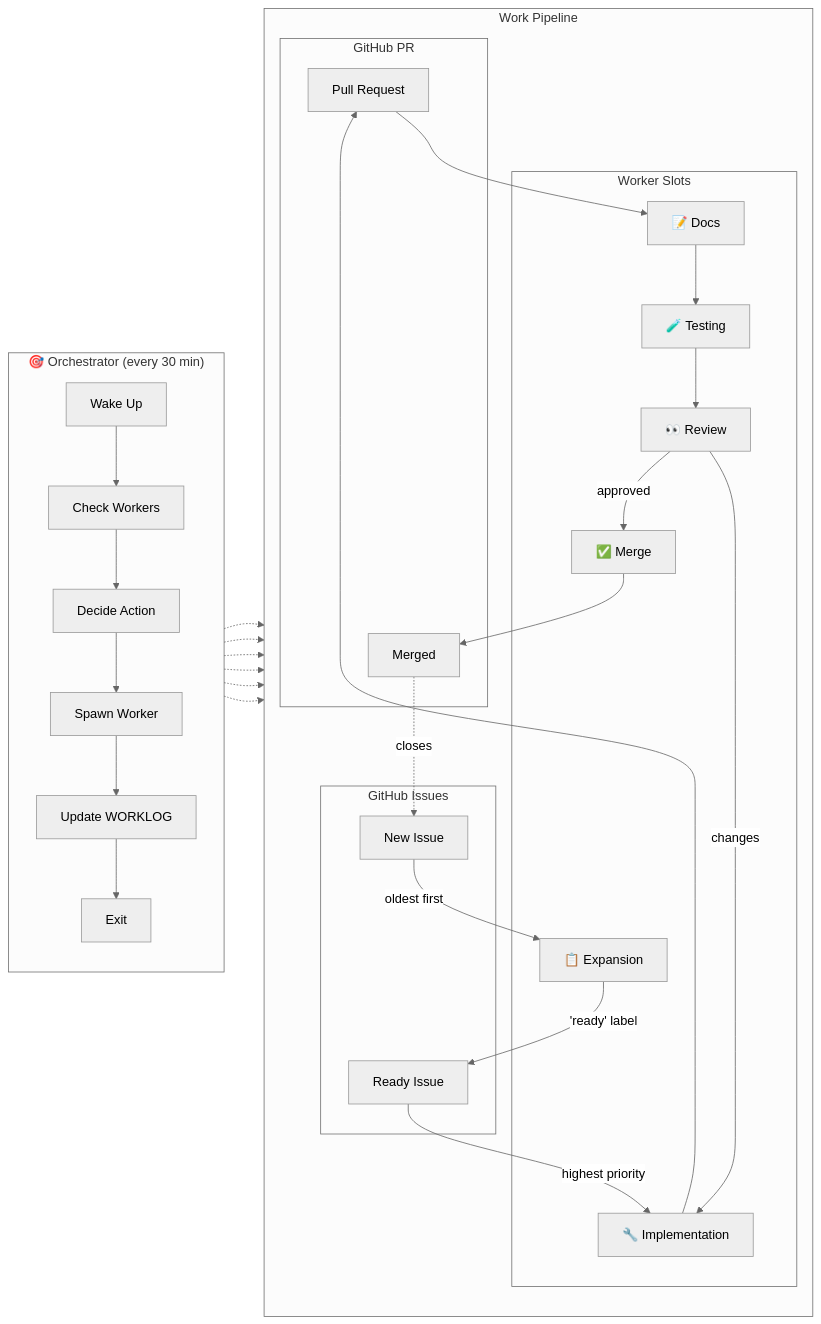
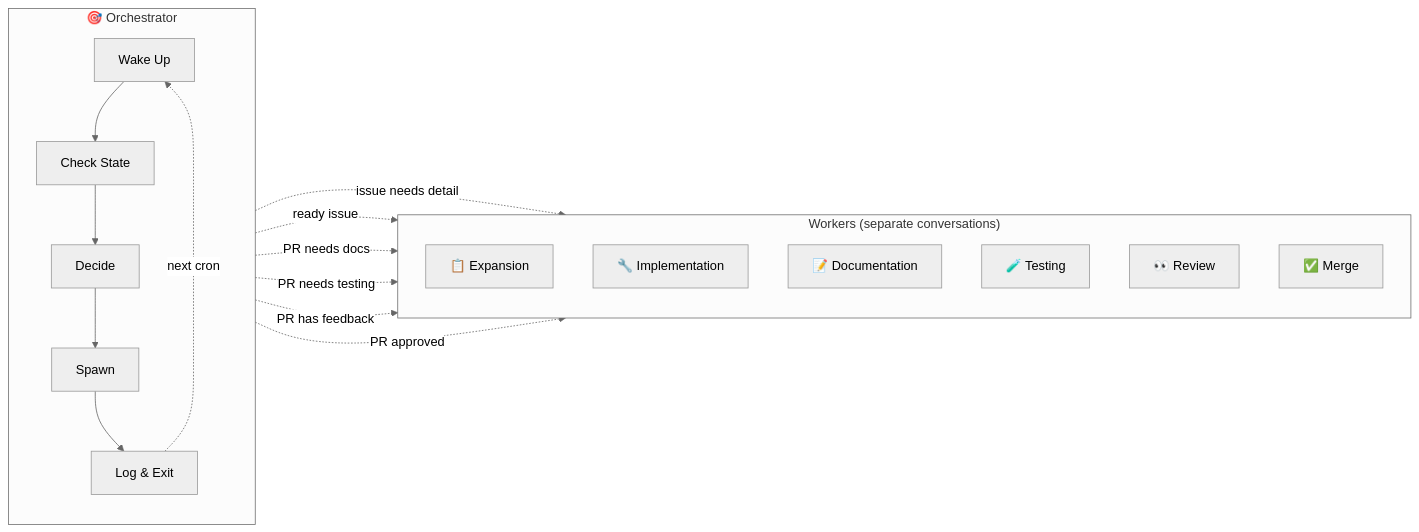
Before and after one commit to jpshackelford/.openhands: the first of 3 diagrams in plugins/ohtv-workflow/README.md, drawn with Mermaid (neutral theme).

Commit message:
fix: simplify main diagram to focus on orchestrator → workers
Removed workflow details from main diagram. Now shows:
- Orchestrator cycle (wake → check → decide → spawn → log)
- Six worker types it can dispatch
- Condition labels on each dispatch line
- Cron loop back to wake

Detail flows are in the Issue/PR Lifecycle diagrams below.

````diff
--- a/plugins/ohtv-workflow/README.md
+++ b/plugins/ohtv-workflow/README.md
@@ -7,55 +7,31 @@
 ```mermaid
 flowchart LR
-    subgraph Orchestrator["🎯 Orchestrator (every 30 min)"]
+    subgraph Orch["🎯 Orchestrator"]
         direction TB
-        wake["Wake Up"] --> check["Check Workers"]
-        check --> decide["Decide Action"]
-        decide --> spawn["Spawn Worker"]
-        spawn --> log["Update WORKLOG"]
-        log --> sleep["Exit"]
+        wake["Wake Up"]
+        check["Check State"]
+        decide["Decide"]
+        spawn["Spawn"]
+        log["Log & Exit"]
+        wake --> check --> decide --> spawn --> log
     end
 
-    subgraph Work["Work Pipeline"]
+    subgraph Workers["Workers (separate conversations)"]
         direction TB
-        
-        subgraph Issues["GitHub Issues"]
-            new["New Issue"]
-            ready["Ready Issue"]
-        end
-
-        subgraph Slots["Worker Slots"]
-            expand["📋 Expansion"]
-            impl["🔧 Implementation"]
-            docs["📝 Docs"]
-            test["🧪 Testing"]
-            review["👀 Review"]
-            merge["✅ Merge"]
-        end
-
-        subgraph PR["GitHub PR"]
-            pr["Pull Request"]
-            main["Merged"]
-        end
+        exp["📋 Expansion"]
+        imp["🔧 Implementation"]
+        doc["📝 Documentation"]
+        tst["🧪 Testing"]
+        rev["👀 Review"]
+        mrg["✅ Merge"]
     end
 
-    %% Issue flow
-    new -->|"oldest first"| expand
-    expand -->|"'ready' label"| ready
-    ready -->|"highest priority"| impl
-    
-    %% PR flow
-    impl --> pr
-    pr --> docs --> test --> review
-    review -->|"changes"| impl
-    review -->|"approved"| merge
-    merge --> main
-    main -.->|"closes"| new
+    decide -.->|"issue needs detail"| exp
+    decide -.->|"ready issue"| imp
+    decide -.->|"PR needs docs"| doc
+    decide -.->|"PR needs testing"| tst
+    decide -.->|"PR has feedback"| rev
+    decide -.->|"PR approved"| mrg
 
-    %% Orchestrator dispatches
-    decide -.-> expand
-    decide -.-> impl
-    decide -.-> docs
-    decide -.-> test
-    decide -.-> review
-    decide -.-> merge
+    log -.->|"next cron"| wake
 ```
````
